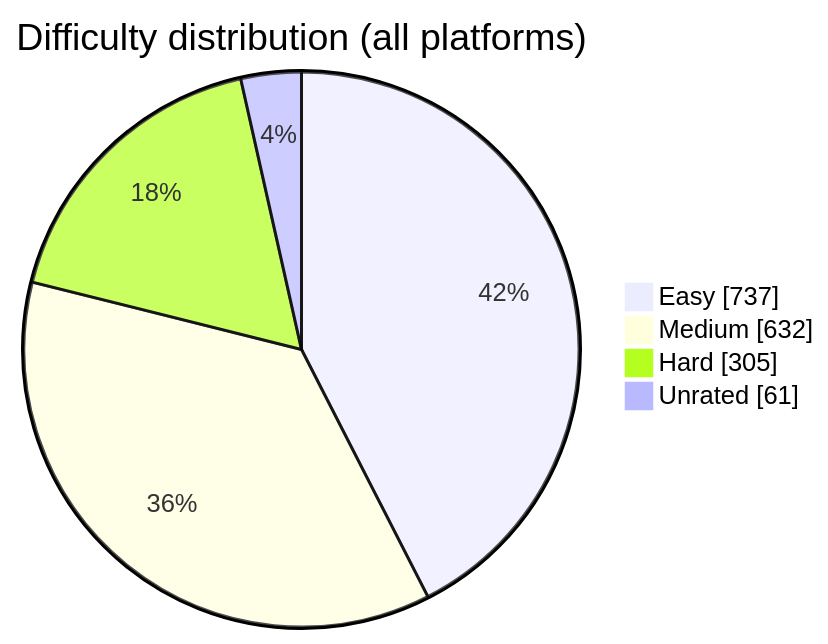
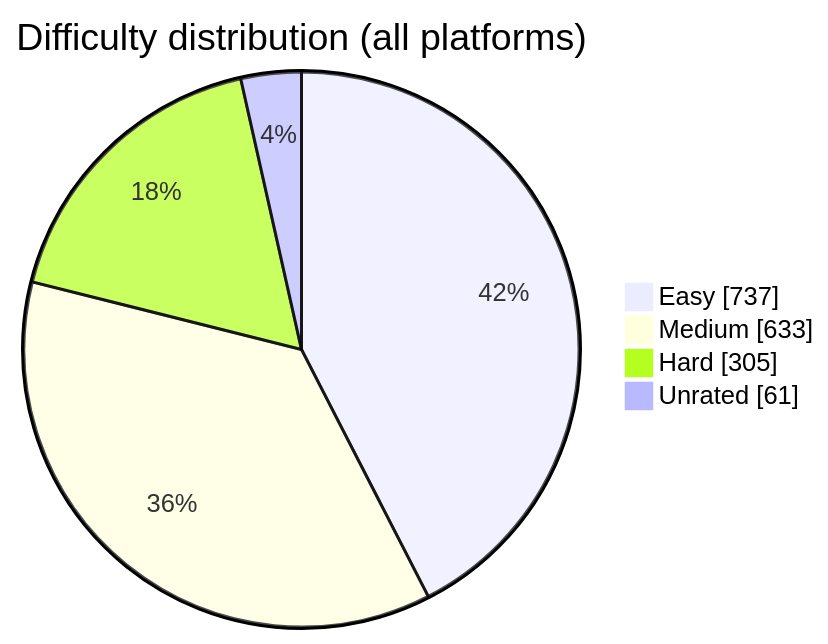
The diagram in README.md (BuildbyArindam/Daily-Coding-Log), drawn with Mermaid before and after one commit. The commit also changed other lines of this file, not shown here.

````diff
--- a/README.md
+++ b/README.md
@@ -93,7 +93,7 @@
 ```mermaid
 pie showData title Difficulty distribution (all platforms)
     "Easy" : 737
-    "Medium" : 632
+    "Medium" : 633
     "Hard" : 305
     "Unrated" : 61
 ```
````
